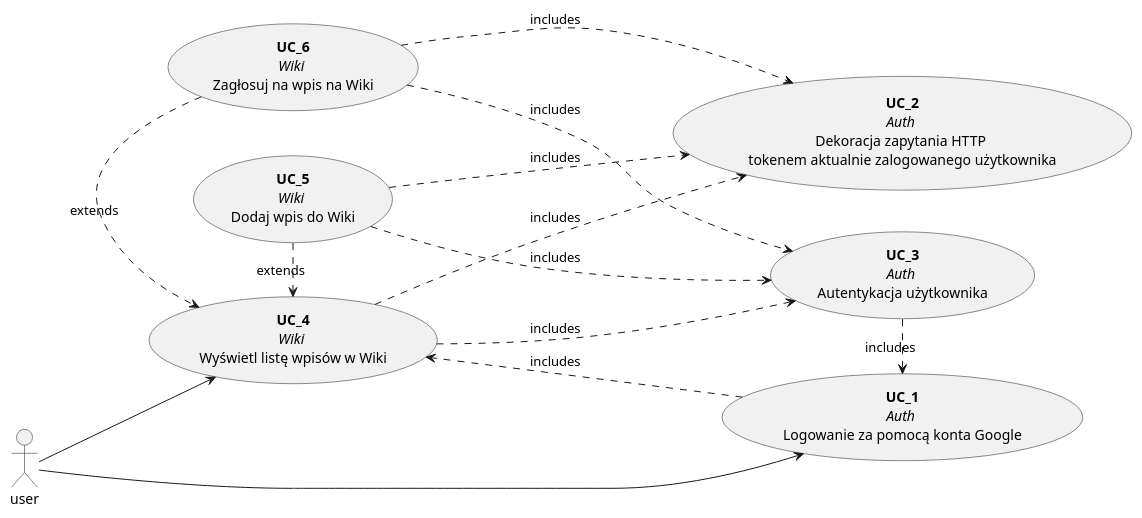
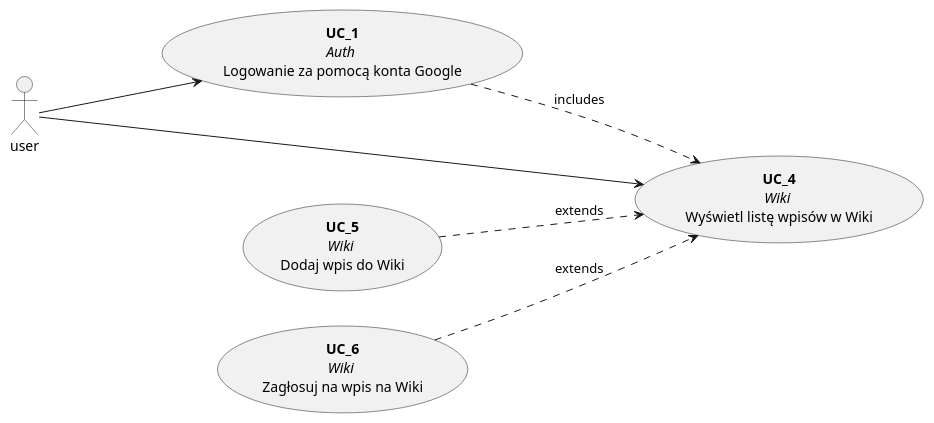
Before and after one commit to poznas/hydra-aimo: the diagram in wiki_use_case_diagram.puml, drawn with PlantUML. The commit also changed 16 other files, not shown here.

Commit message:
refactor UC_2, UC_3 to UC_4 nested sequence groups

```diff
--- a/wiki_use_case_diagram.puml
+++ b/wiki_use_case_diagram.puml
@@ -1,49 +1,27 @@
 @startuml
 left to right direction
 
 actor user
 
   usecase UC_1 as "**UC_1**
   // Auth // 
   Logowanie za pomocą konta Google"
-  usecase UC_2 as "**UC_2** 
-  // Auth // 
-  Dekoracja zapytania HTTP 
-  tokenem aktualnie zalogowanego użytkownika"
-  usecase UC_3 as "**UC_3** 
-  // Auth // 
-  Autentykacja użytkownika"
-
 
   usecase UC_4 as "**UC_4** 
   // Wiki // 
   Wyświetl listę wpisów w Wiki"
   usecase UC_5 as "**UC_5** 
   // Wiki // 
   Dodaj wpis do Wiki"
   usecase UC_6 as "**UC_6** 
   // Wiki // 
   Zagłosuj na wpis na Wiki"
 
+    user ---> UC_1
+    user ---> UC_4
 
-    UC_5 .> UC_4 : extends
-    UC_6 .> UC_4 : extends
-
-
-    user --> UC_1
-    user --> UC_4
-    UC_3 .> UC_1 : includes
-
-    UC_1 .> UC_4 : includes
-
-    UC_4 ....> UC_2 : includes
-    UC_4 ....> UC_3 : includes
-
-    UC_5 ....> UC_2 : includes
-    UC_5 ....> UC_3 : includes
-
-    UC_6 ....> UC_2 : includes
-    UC_6 ....> UC_3 : includes
-
+    UC_5 ..> UC_4 : extends
+    UC_6 ..> UC_4 : extends
+    UC_1 ..> UC_4 : includes
     
 @enduml
```
